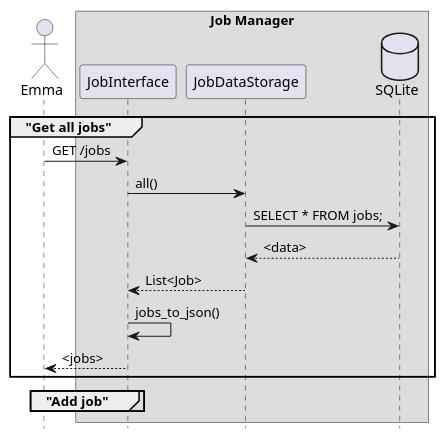
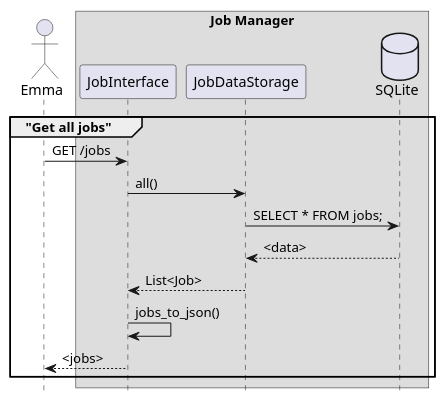
Before and after one commit to dancesWithCycles/from-learn-to-code-to-build-software: the third of 5 diagrams in 310_design_it_components.puml, drawn with PlantUML. The commit also changed other lines of this file and 3 other files, not shown here.

```diff
--- a/310_design_it_components.puml
+++ b/310_design_it_components.puml
@@ -44,28 +44,24 @@
 @startuml Job Manager Sequence diagram - Get jobs
 
 hide footbox
 
 actor Emma
 
 box "Job Manager"
 participant "JobInterface" as if
 participant "JobDataStorage" as ds
 database SQLite as data
 end box
 
 group "Get all jobs"
 
 Emma -> if : GET /jobs
 if -> ds: all()
 ds -> data: SELECT * FROM jobs;
 data --> ds: <data>
 ds --> if: List<Job>
 if -> if: jobs_to_json()
 if --> Emma: <jobs>
 end group
 
-group "Add job"
-
-end group
-
 @enduml
```
